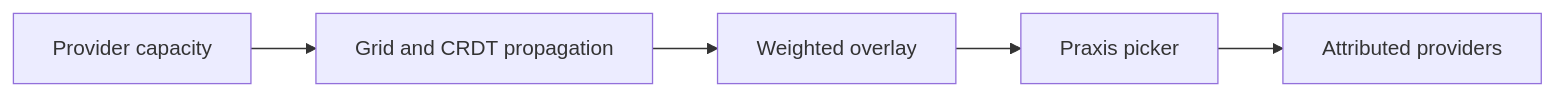
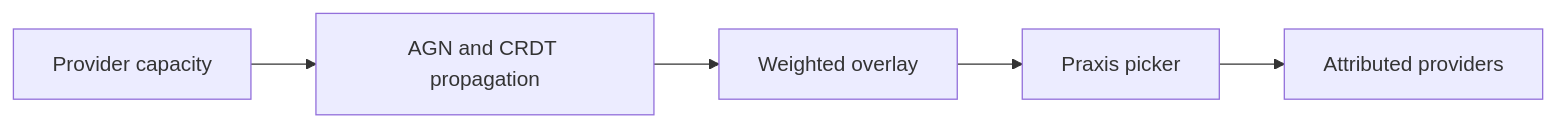
Before and after one commit to nerdalert/grid: the first of 2 diagrams in docs/architecture/static-weighting.md, drawn with Mermaid. The commit also changed other lines of this file and 41 other files, not shown here.

````diff
--- a/docs/architecture/static-weighting.md
+++ b/docs/architecture/static-weighting.md
@@ -7,4 +7,4 @@
 ```mermaid
 flowchart LR
- A[Provider capacity] --> B[Grid and CRDT propagation] --> C[Weighted overlay] --> D[Praxis picker] --> E[Attributed providers]
+ A[Provider capacity] --> B[AGN and CRDT propagation] --> C[Weighted overlay] --> D[Praxis picker] --> E[Attributed providers]
 ```
````
